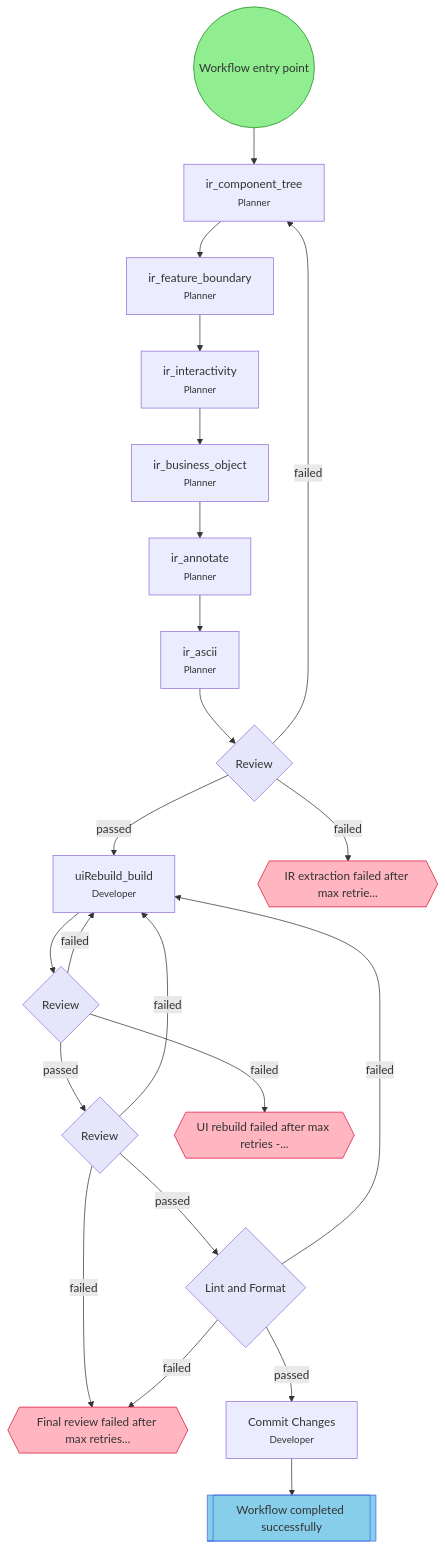
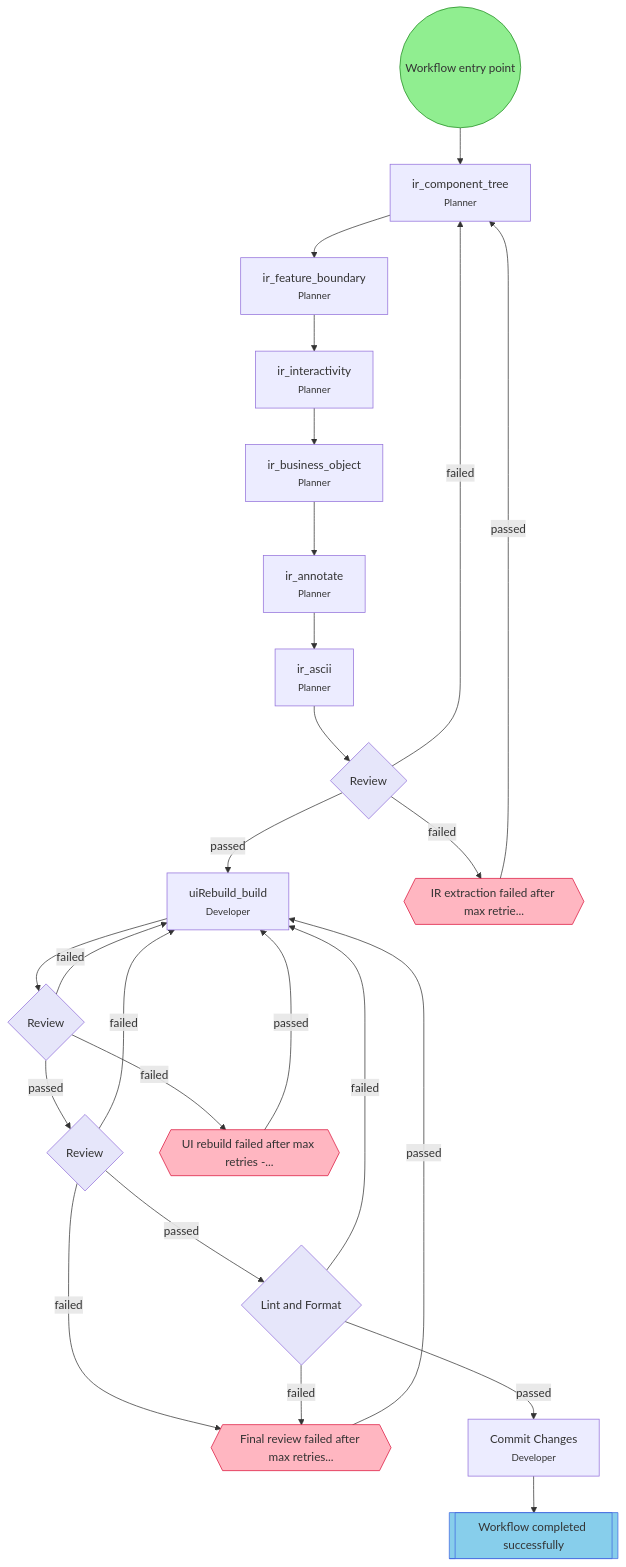
The diagram in .flow/diagrams/ui-reconstruction.md (leclabs/agent-toolkit), drawn with Mermaid before and after one commit. The commit also changed other lines of this file and 23 other files, not shown here.

First line of the commit message:
feat: enrich fork responses with per-branch step info for parallel task sets

````diff
--- a/.flow/diagrams/ui-reconstruction.md
+++ b/.flow/diagrams/ui-reconstruction.md
@@ -7,52 +7,56 @@
 ```mermaid
 flowchart TD
     start(("Workflow entry point"))
     ir_component_tree["ir_component_tree<br/><small>Planner</small>"]
     ir_feature_boundary["ir_feature_boundary<br/><small>Planner</small>"]
     ir_interactivity["ir_interactivity<br/><small>Planner</small>"]
     ir_business_object["ir_business_object<br/><small>Planner</small>"]
     ir_annotate["ir_annotate<br/><small>Planner</small>"]
     ir_ascii["ir_ascii<br/><small>Planner</small>"]
     ir_review{"Review"}
     uiRebuild_build["uiRebuild_build<br/><small>Developer</small>"]
     uiRebuild_review{"Review"}
     final_review{"Review"}
     end_success[["Workflow completed successfully"]]
     hitl_ir_failed{{"IR extraction failed after max retrie..."}}
     hitl_build_failed{{"UI rebuild failed after max retries -..."}}
     hitl_final_failed{{"Final review failed after max retries..."}}
     lint_format{"Lint and Format"}
     commit["Commit Changes<br/><small>Developer</small>"]
 
     start --> ir_component_tree
     ir_component_tree --> ir_feature_boundary
     ir_feature_boundary --> ir_interactivity
     ir_interactivity --> ir_business_object
     ir_business_object --> ir_annotate
     ir_annotate --> ir_ascii
     ir_ascii --> ir_review
     ir_review -->|failed| ir_component_tree
     ir_review -->|failed| hitl_ir_failed
     ir_review -->|passed| uiRebuild_build
     uiRebuild_build --> uiRebuild_review
     uiRebuild_review -->|failed| uiRebuild_build
     uiRebuild_review -->|failed| hitl_build_failed
     uiRebuild_review -->|passed| final_review
     final_review -->|failed| uiRebuild_build
     final_review -->|failed| hitl_final_failed
     final_review -->|passed| lint_format
     lint_format -->|passed| commit
     lint_format -->|failed| uiRebuild_build
     lint_format -->|failed| hitl_final_failed
     commit --> end_success
+    hitl_ir_failed -->|passed| ir_component_tree
+    hitl_build_failed -->|passed| uiRebuild_build
+    hitl_final_failed -->|passed| uiRebuild_build
 
     classDef startStep fill:#90EE90,stroke:#228B22
     classDef successStep fill:#87CEEB,stroke:#4169E1
     classDef hitlStep fill:#FFB6C1,stroke:#DC143C
     classDef gateStep fill:#E6E6FA,stroke:#9370DB
+    classDef forkJoinStep fill:#FFEAA7,stroke:#FDCB6E
     classDef currentStep fill:#FFD700,stroke:#FF8C00,stroke-width:3px
     class start startStep
     class end_success successStep
     class hitl_ir_failed,hitl_build_failed,hitl_final_failed hitlStep
     class ir_review,uiRebuild_review,final_review,lint_format gateStep
 ```
````
